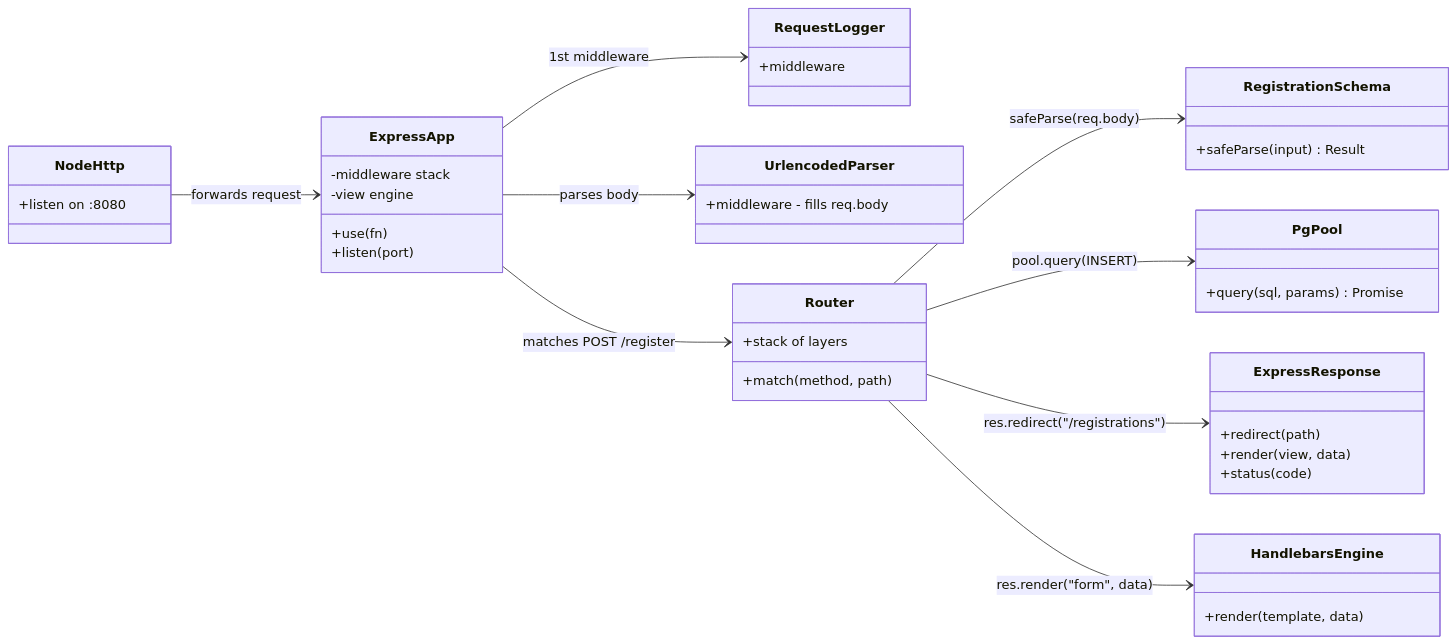
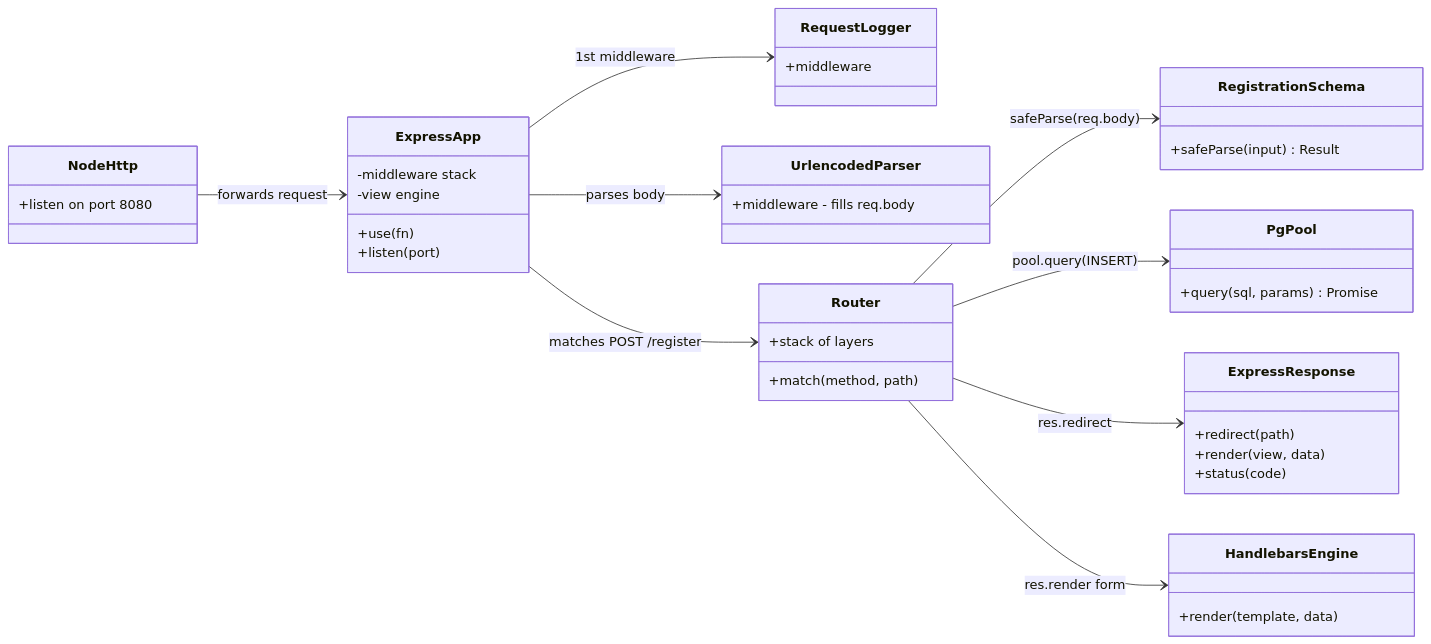
One commit to artivisi/tech-stack-2026 changed the first of 2 diagrams in docs/08-walkthrough-expressjs.md. Above: the diagram before and after it, drawn with Mermaid. The commit also changed other lines of this file and 2 other files, not shown here.

Commit message:
fix Mermaid class-diagram parse errors on GitHub
Quotes and colons inside Mermaid class-diagram labels terminate the
lexer (Mermaid treats double-quoted strings specially in class
diagrams). Replaced with plain text:

- 07 spring-boot: render "redirect:/registrations" -> render redirect view
  (this was the line GitHub flagged as parse error on line 63);
  +listen on :8080 -> +listen on port 8080 (colon would otherwise be
  read as the field-type separator).
- 08 expressjs: res.redirect("/registrations") -> res.redirect;
  res.render("form", data) -> res.render form;
  +listen on :8080 -> +listen on port 8080.
- 09 golang: Render(w, "form", data) -> Render form.

Sequence-diagram messages also dequoted for consistency (they were not
breaking GitHub but read cleaner without the noise quotes).

Verified by rendering every Mermaid block in the docs/ tree with the
mermaid-cli (`mmdc -q`) — 8/8 render to SVG without errors.

````diff
--- a/docs/08-walkthrough-expressjs.md
+++ b/docs/08-walkthrough-expressjs.md
@@ -7,47 +7,47 @@
 ```mermaid
 classDiagram
     direction LR
 
     class NodeHttp {
-        +listen on :8080
+        +listen on port 8080
     }
     class ExpressApp {
         -middleware stack
         -view engine
         +use(fn)
         +listen(port)
     }
     class RequestLogger {
         +middleware
     }
     class UrlencodedParser {
         +middleware - fills req.body
     }
     class Router {
         +stack of layers
         +match(method, path)
     }
     class RegistrationSchema {
         +safeParse(input) Result
     }
     class PgPool {
         +query(sql, params) Promise
     }
     class HandlebarsEngine {
         +render(template, data)
     }
     class ExpressResponse {
         +redirect(path)
         +render(view, data)
         +status(code)
     }
 
     NodeHttp --> ExpressApp : forwards request
     ExpressApp --> RequestLogger : 1st middleware
     ExpressApp --> UrlencodedParser : parses body
     ExpressApp --> Router : matches POST /register
     Router --> RegistrationSchema : safeParse(req.body)
     Router --> PgPool : pool.query(INSERT)
-    Router --> ExpressResponse : res.redirect("/registrations")
-    Router --> HandlebarsEngine : res.render("form", data)
+    Router --> ExpressResponse : res.redirect
+    Router --> HandlebarsEngine : res.render form
 ```
````
